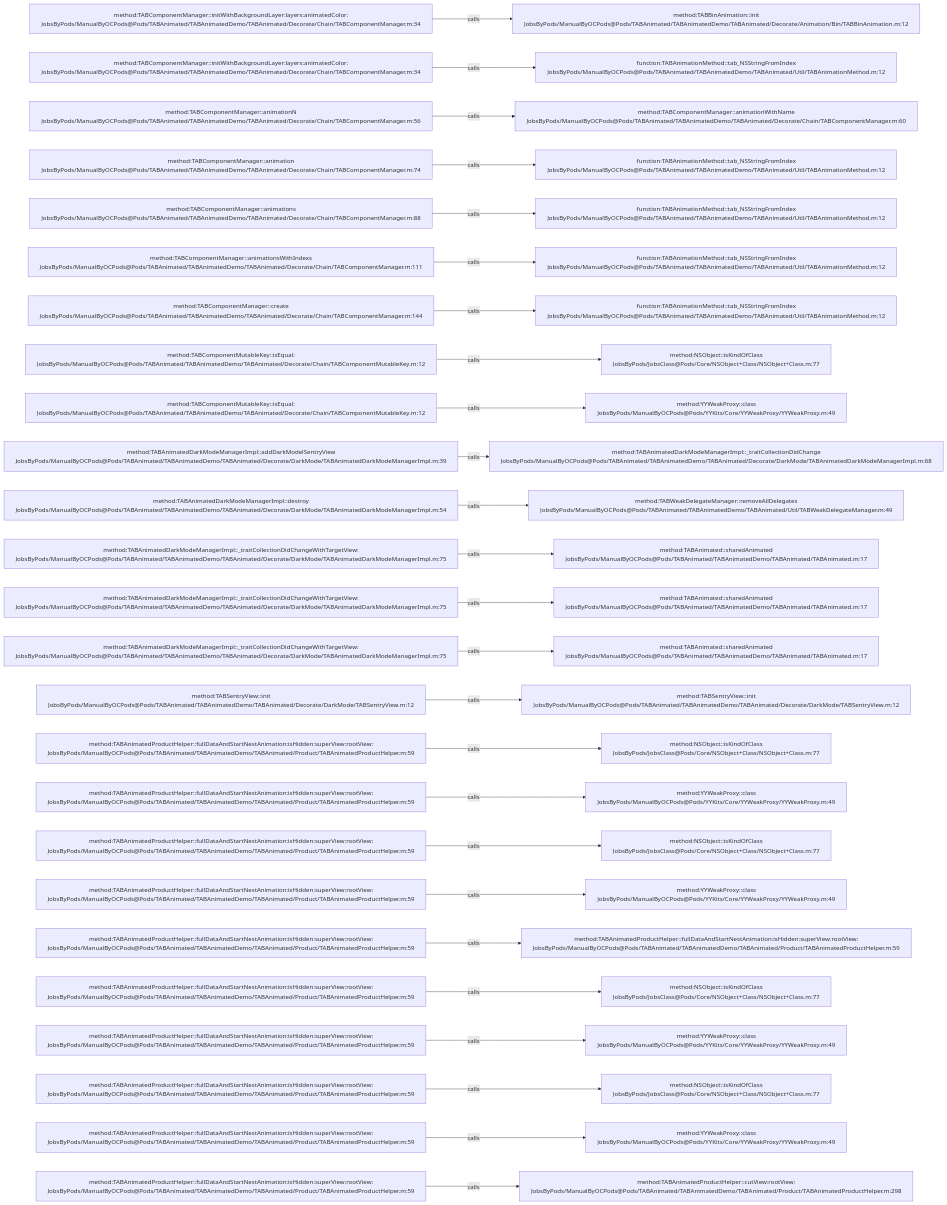
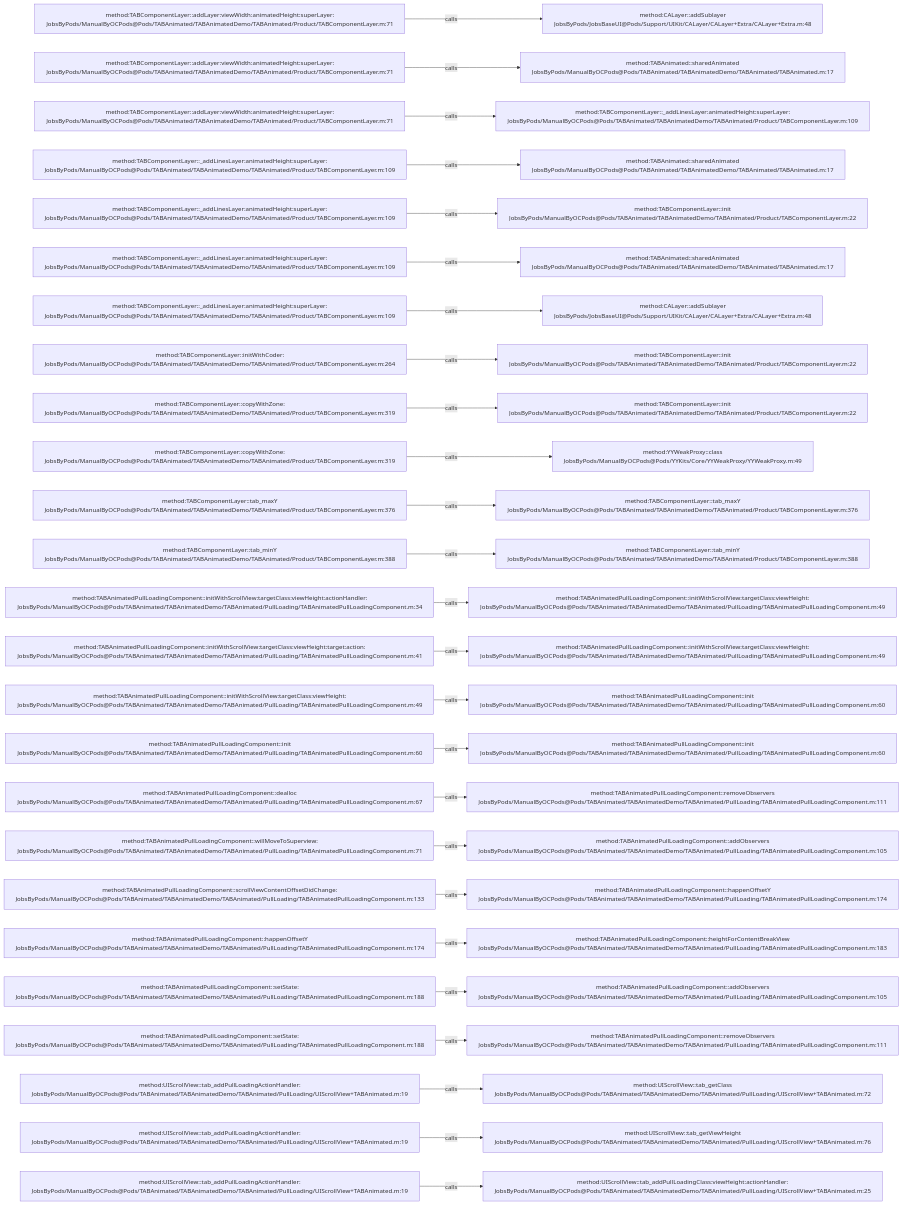
Before and after one commit to JobsKits/JobsOCBaseConfigDemo: the diagram in .codegraph/codegraph.md/graphs/calls-040.md, drawn with Mermaid. The commit also changed 1223 other files, not shown here.

````diff
--- a/.codegraph/codegraph.md/graphs/calls-040.md
+++ b/.codegraph/codegraph.md/graphs/calls-040.md
@@ -13,78 +13,78 @@
 ```mermaid
 flowchart LR
-  S1["method:TABComponentManager::initWithBackgroundLayer:layers:animatedColor:<br/>JobsByPods/ManualByOCPods@Pods/TABAnimated/TABAnimatedDemo/TABAnimated/Decorate/Chain/TABComponentManager.m:34"]
-  T1["method:TABBinAnimation::init<br/>JobsByPods/ManualByOCPods@Pods/TABAnimated/TABAnimatedDemo/TABAnimated/Decorate/Animation/Bin/TABBinAnimation.m:12"]
+  S1["method:TABComponentLayer::addLayer:viewWidth:animatedHeight:superLayer:<br/>JobsByPods/ManualByOCPods@Pods/TABAnimated/TABAnimatedDemo/TABAnimated/Product/TABComponentLayer.m:71"]
+  T1["method:CALayer::addSublayer<br/>JobsByPods/JobsBaseUI@Pods/Support/UIKit/CALayer/CALayer+Extra/CALayer+Extra.m:48"]
   S1 -->|calls| T1
-  S2["method:TABComponentManager::initWithBackgroundLayer:layers:animatedColor:<br/>JobsByPods/ManualByOCPods@Pods/TABAnimated/TABAnimatedDemo/TABAnimated/Decorate/Chain/TABComponentManager.m:34"]
-  T2["function:TABAnimationMethod::tab_NSStringFromIndex<br/>JobsByPods/ManualByOCPods@Pods/TABAnimated/TABAnimatedDemo/TABAnimated/Util/TABAnimationMethod.m:12"]
+  S2["method:TABComponentLayer::addLayer:viewWidth:animatedHeight:superLayer:<br/>JobsByPods/ManualByOCPods@Pods/TABAnimated/TABAnimatedDemo/TABAnimated/Product/TABComponentLayer.m:71"]
+  T2["method:TABAnimated::sharedAnimated<br/>JobsByPods/ManualByOCPods@Pods/TABAnimated/TABAnimatedDemo/TABAnimated/TABAnimated.m:17"]
   S2 -->|calls| T2
-  S3["method:TABComponentManager::animationN<br/>JobsByPods/ManualByOCPods@Pods/TABAnimated/TABAnimatedDemo/TABAnimated/Decorate/Chain/TABComponentManager.m:56"]
-  T3["method:TABComponentManager::animationWithName<br/>JobsByPods/ManualByOCPods@Pods/TABAnimated/TABAnimatedDemo/TABAnimated/Decorate/Chain/TABComponentManager.m:60"]
+  S3["method:TABComponentLayer::addLayer:viewWidth:animatedHeight:superLayer:<br/>JobsByPods/ManualByOCPods@Pods/TABAnimated/TABAnimatedDemo/TABAnimated/Product/TABComponentLayer.m:71"]
+  T3["method:TABComponentLayer::_addLinesLayer:animatedHeight:superLayer:<br/>JobsByPods/ManualByOCPods@Pods/TABAnimated/TABAnimatedDemo/TABAnimated/Product/TABComponentLayer.m:109"]
   S3 -->|calls| T3
-  S4["method:TABComponentManager::animation<br/>JobsByPods/ManualByOCPods@Pods/TABAnimated/TABAnimatedDemo/TABAnimated/Decorate/Chain/TABComponentManager.m:74"]
-  T4["function:TABAnimationMethod::tab_NSStringFromIndex<br/>JobsByPods/ManualByOCPods@Pods/TABAnimated/TABAnimatedDemo/TABAnimated/Util/TABAnimationMethod.m:12"]
+  S4["method:TABComponentLayer::_addLinesLayer:animatedHeight:superLayer:<br/>JobsByPods/ManualByOCPods@Pods/TABAnimated/TABAnimatedDemo/TABAnimated/Product/TABComponentLayer.m:109"]
+  T4["method:TABAnimated::sharedAnimated<br/>JobsByPods/ManualByOCPods@Pods/TABAnimated/TABAnimatedDemo/TABAnimated/TABAnimated.m:17"]
   S4 -->|calls| T4
-  S5["method:TABComponentManager::animations<br/>JobsByPods/ManualByOCPods@Pods/TABAnimated/TABAnimatedDemo/TABAnimated/Decorate/Chain/TABComponentManager.m:88"]
-  T5["function:TABAnimationMethod::tab_NSStringFromIndex<br/>JobsByPods/ManualByOCPods@Pods/TABAnimated/TABAnimatedDemo/TABAnimated/Util/TABAnimationMethod.m:12"]
+  S5["method:TABComponentLayer::_addLinesLayer:animatedHeight:superLayer:<br/>JobsByPods/ManualByOCPods@Pods/TABAnimated/TABAnimatedDemo/TABAnimated/Product/TABComponentLayer.m:109"]
+  T5["method:TABComponentLayer::init<br/>JobsByPods/ManualByOCPods@Pods/TABAnimated/TABAnimatedDemo/TABAnimated/Product/TABComponentLayer.m:22"]
   S5 -->|calls| T5
-  S6["method:TABComponentManager::animationsWithIndexs<br/>JobsByPods/ManualByOCPods@Pods/TABAnimated/TABAnimatedDemo/TABAnimated/Decorate/Chain/TABComponentManager.m:111"]
-  T6["function:TABAnimationMethod::tab_NSStringFromIndex<br/>JobsByPods/ManualByOCPods@Pods/TABAnimated/TABAnimatedDemo/TABAnimated/Util/TABAnimationMethod.m:12"]
+  S6["method:TABComponentLayer::_addLinesLayer:animatedHeight:superLayer:<br/>JobsByPods/ManualByOCPods@Pods/TABAnimated/TABAnimatedDemo/TABAnimated/Product/TABComponentLayer.m:109"]
+  T6["method:TABAnimated::sharedAnimated<br/>JobsByPods/ManualByOCPods@Pods/TABAnimated/TABAnimatedDemo/TABAnimated/TABAnimated.m:17"]
   S6 -->|calls| T6
-  S7["method:TABComponentManager::create<br/>JobsByPods/ManualByOCPods@Pods/TABAnimated/TABAnimatedDemo/TABAnimated/Decorate/Chain/TABComponentManager.m:144"]
-  T7["function:TABAnimationMethod::tab_NSStringFromIndex<br/>JobsByPods/ManualByOCPods@Pods/TABAnimated/TABAnimatedDemo/TABAnimated/Util/TABAnimationMethod.m:12"]
+  S7["method:TABComponentLayer::_addLinesLayer:animatedHeight:superLayer:<br/>JobsByPods/ManualByOCPods@Pods/TABAnimated/TABAnimatedDemo/TABAnimated/Product/TABComponentLayer.m:109"]
+  T7["method:CALayer::addSublayer<br/>JobsByPods/JobsBaseUI@Pods/Support/UIKit/CALayer/CALayer+Extra/CALayer+Extra.m:48"]
   S7 -->|calls| T7
-  S8["method:TABComponentMutableKey::isEqual:<br/>JobsByPods/ManualByOCPods@Pods/TABAnimated/TABAnimatedDemo/TABAnimated/Decorate/Chain/TABComponentMutableKey.m:12"]
-  T8["method:NSObject::isKindOfClass<br/>JobsByPods/JobsClass@Pods/Core/NSObject+Class/NSObject+Class.m:77"]
+  S8["method:TABComponentLayer::initWithCoder:<br/>JobsByPods/ManualByOCPods@Pods/TABAnimated/TABAnimatedDemo/TABAnimated/Product/TABComponentLayer.m:264"]
+  T8["method:TABComponentLayer::init<br/>JobsByPods/ManualByOCPods@Pods/TABAnimated/TABAnimatedDemo/TABAnimated/Product/TABComponentLayer.m:22"]
   S8 -->|calls| T8
-  S9["method:TABComponentMutableKey::isEqual:<br/>JobsByPods/ManualByOCPods@Pods/TABAnimated/TABAnimatedDemo/TABAnimated/Decorate/Chain/TABComponentMutableKey.m:12"]
-  T9["method:YYWeakProxy::class<br/>JobsByPods/ManualByOCPods@Pods/YYKits/Core/YYWeakProxy/YYWeakProxy.m:49"]
+  S9["method:TABComponentLayer::copyWithZone:<br/>JobsByPods/ManualByOCPods@Pods/TABAnimated/TABAnimatedDemo/TABAnimated/Product/TABComponentLayer.m:319"]
+  T9["method:TABComponentLayer::init<br/>JobsByPods/ManualByOCPods@Pods/TABAnimated/TABAnimatedDemo/TABAnimated/Product/TABComponentLayer.m:22"]
   S9 -->|calls| T9
-  S10["method:TABAnimatedDarkModeManagerImpl::addDarkModelSentryView<br/>JobsByPods/ManualByOCPods@Pods/TABAnimated/TABAnimatedDemo/TABAnimated/Decorate/DarkMode/TABAnimatedDarkModeManagerImpl.m:39"]
-  T10["method:TABAnimatedDarkModeManagerImpl::_traitCollectionDidChange<br/>JobsByPods/ManualByOCPods@Pods/TABAnimated/TABAnimatedDemo/TABAnimated/Decorate/DarkMode/TABAnimatedDarkModeManagerImpl.m:68"]
+  S10["method:TABComponentLayer::copyWithZone:<br/>JobsByPods/ManualByOCPods@Pods/TABAnimated/TABAnimatedDemo/TABAnimated/Product/TABComponentLayer.m:319"]
+  T10["method:YYWeakProxy::class<br/>JobsByPods/ManualByOCPods@Pods/YYKits/Core/YYWeakProxy/YYWeakProxy.m:49"]
   S10 -->|calls| T10
-  S11["method:TABAnimatedDarkModeManagerImpl::destroy<br/>JobsByPods/ManualByOCPods@Pods/TABAnimated/TABAnimatedDemo/TABAnimated/Decorate/DarkMode/TABAnimatedDarkModeManagerImpl.m:54"]
-  T11["method:TABWeakDelegateManager::removeAllDelegates<br/>JobsByPods/ManualByOCPods@Pods/TABAnimated/TABAnimatedDemo/TABAnimated/Util/TABWeakDelegateManager.m:49"]
+  S11["method:TABComponentLayer::tab_maxY<br/>JobsByPods/ManualByOCPods@Pods/TABAnimated/TABAnimatedDemo/TABAnimated/Product/TABComponentLayer.m:376"]
+  T11["method:TABComponentLayer::tab_maxY<br/>JobsByPods/ManualByOCPods@Pods/TABAnimated/TABAnimatedDemo/TABAnimated/Product/TABComponentLayer.m:376"]
   S11 -->|calls| T11
-  S12["method:TABAnimatedDarkModeManagerImpl::_traitCollectionDidChangeWithTargetView:<br/>JobsByPods/ManualByOCPods@Pods/TABAnimated/TABAnimatedDemo/TABAnimated/Decorate/DarkMode/TABAnimatedDarkModeManagerImpl.m:75"]
-  T12["method:TABAnimated::sharedAnimated<br/>JobsByPods/ManualByOCPods@Pods/TABAnimated/TABAnimatedDemo/TABAnimated/TABAnimated.m:17"]
+  S12["method:TABComponentLayer::tab_minY<br/>JobsByPods/ManualByOCPods@Pods/TABAnimated/TABAnimatedDemo/TABAnimated/Product/TABComponentLayer.m:388"]
+  T12["method:TABComponentLayer::tab_minY<br/>JobsByPods/ManualByOCPods@Pods/TABAnimated/TABAnimatedDemo/TABAnimated/Product/TABComponentLayer.m:388"]
   S12 -->|calls| T12
-  S13["method:TABAnimatedDarkModeManagerImpl::_traitCollectionDidChangeWithTargetView:<br/>JobsByPods/ManualByOCPods@Pods/TABAnimated/TABAnimatedDemo/TABAnimated/Decorate/DarkMode/TABAnimatedDarkModeManagerImpl.m:75"]
-  T13["method:TABAnimated::sharedAnimated<br/>JobsByPods/ManualByOCPods@Pods/TABAnimated/TABAnimatedDemo/TABAnimated/TABAnimated.m:17"]
+  S13["method:TABAnimatedPullLoadingComponent::initWithScrollView:targetClass:viewHeight:actionHandler:<br/>JobsByPods/ManualByOCPods@Pods/TABAnimated/TABAnimatedDemo/TABAnimated/PullLoading/TABAnimatedPullLoadingComponent.m:34"]
+  T13["method:TABAnimatedPullLoadingComponent::initWithScrollView:targetClass:viewHeight:<br/>JobsByPods/ManualByOCPods@Pods/TABAnimated/TABAnimatedDemo/TABAnimated/PullLoading/TABAnimatedPullLoadingComponent.m:49"]
   S13 -->|calls| T13
-  S14["method:TABAnimatedDarkModeManagerImpl::_traitCollectionDidChangeWithTargetView:<br/>JobsByPods/ManualByOCPods@Pods/TABAnimated/TABAnimatedDemo/TABAnimated/Decorate/DarkMode/TABAnimatedDarkModeManagerImpl.m:75"]
-  T14["method:TABAnimated::sharedAnimated<br/>JobsByPods/ManualByOCPods@Pods/TABAnimated/TABAnimatedDemo/TABAnimated/TABAnimated.m:17"]
+  S14["method:TABAnimatedPullLoadingComponent::initWithScrollView:targetClass:viewHeight:target:action:<br/>JobsByPods/ManualByOCPods@Pods/TABAnimated/TABAnimatedDemo/TABAnimated/PullLoading/TABAnimatedPullLoadingComponent.m:41"]
+  T14["method:TABAnimatedPullLoadingComponent::initWithScrollView:targetClass:viewHeight:<br/>JobsByPods/ManualByOCPods@Pods/TABAnimated/TABAnimatedDemo/TABAnimated/PullLoading/TABAnimatedPullLoadingComponent.m:49"]
   S14 -->|calls| T14
-  S15["method:TABSentryView::init<br/>JobsByPods/ManualByOCPods@Pods/TABAnimated/TABAnimatedDemo/TABAnimated/Decorate/DarkMode/TABSentryView.m:12"]
-  T15["method:TABSentryView::init<br/>JobsByPods/ManualByOCPods@Pods/TABAnimated/TABAnimatedDemo/TABAnimated/Decorate/DarkMode/TABSentryView.m:12"]
+  S15["method:TABAnimatedPullLoadingComponent::initWithScrollView:targetClass:viewHeight:<br/>JobsByPods/ManualByOCPods@Pods/TABAnimated/TABAnimatedDemo/TABAnimated/PullLoading/TABAnimatedPullLoadingComponent.m:49"]
+  T15["method:TABAnimatedPullLoadingComponent::init<br/>JobsByPods/ManualByOCPods@Pods/TABAnimated/TABAnimatedDemo/TABAnimated/PullLoading/TABAnimatedPullLoadingComponent.m:60"]
   S15 -->|calls| T15
-  S16["method:TABAnimatedProductHelper::fullDataAndStartNestAnimation:isHidden:superView:rootView:<br/>JobsByPods/ManualByOCPods@Pods/TABAnimated/TABAnimatedDemo/TABAnimated/Product/TABAnimatedProductHelper.m:59"]
-  T16["method:NSObject::isKindOfClass<br/>JobsByPods/JobsClass@Pods/Core/NSObject+Class/NSObject+Class.m:77"]
+  S16["method:TABAnimatedPullLoadingComponent::init<br/>JobsByPods/ManualByOCPods@Pods/TABAnimated/TABAnimatedDemo/TABAnimated/PullLoading/TABAnimatedPullLoadingComponent.m:60"]
+  T16["method:TABAnimatedPullLoadingComponent::init<br/>JobsByPods/ManualByOCPods@Pods/TABAnimated/TABAnimatedDemo/TABAnimated/PullLoading/TABAnimatedPullLoadingComponent.m:60"]
   S16 -->|calls| T16
-  S17["method:TABAnimatedProductHelper::fullDataAndStartNestAnimation:isHidden:superView:rootView:<br/>JobsByPods/ManualByOCPods@Pods/TABAnimated/TABAnimatedDemo/TABAnimated/Product/TABAnimatedProductHelper.m:59"]
-  T17["method:YYWeakProxy::class<br/>JobsByPods/ManualByOCPods@Pods/YYKits/Core/YYWeakProxy/YYWeakProxy.m:49"]
+  S17["method:TABAnimatedPullLoadingComponent::dealloc<br/>JobsByPods/ManualByOCPods@Pods/TABAnimated/TABAnimatedDemo/TABAnimated/PullLoading/TABAnimatedPullLoadingComponent.m:67"]
+  T17["method:TABAnimatedPullLoadingComponent::removeObservers<br/>JobsByPods/ManualByOCPods@Pods/TABAnimated/TABAnimatedDemo/TABAnimated/PullLoading/TABAnimatedPullLoadingComponent.m:111"]
   S17 -->|calls| T17
-  S18["method:TABAnimatedProductHelper::fullDataAndStartNestAnimation:isHidden:superView:rootView:<br/>JobsByPods/ManualByOCPods@Pods/TABAnimated/TABAnimatedDemo/TABAnimated/Product/TABAnimatedProductHelper.m:59"]
-  T18["method:NSObject::isKindOfClass<br/>JobsByPods/JobsClass@Pods/Core/NSObject+Class/NSObject+Class.m:77"]
+  S18["method:TABAnimatedPullLoadingComponent::willMoveToSuperview:<br/>JobsByPods/ManualByOCPods@Pods/TABAnimated/TABAnimatedDemo/TABAnimated/PullLoading/TABAnimatedPullLoadingComponent.m:71"]
+  T18["method:TABAnimatedPullLoadingComponent::addObservers<br/>JobsByPods/ManualByOCPods@Pods/TABAnimated/TABAnimatedDemo/TABAnimated/PullLoading/TABAnimatedPullLoadingComponent.m:105"]
   S18 -->|calls| T18
-  S19["method:TABAnimatedProductHelper::fullDataAndStartNestAnimation:isHidden:superView:rootView:<br/>JobsByPods/ManualByOCPods@Pods/TABAnimated/TABAnimatedDemo/TABAnimated/Product/TABAnimatedProductHelper.m:59"]
-  T19["method:YYWeakProxy::class<br/>JobsByPods/ManualByOCPods@Pods/YYKits/Core/YYWeakProxy/YYWeakProxy.m:49"]
+  S19["method:TABAnimatedPullLoadingComponent::scrollViewContentOffsetDidChange:<br/>JobsByPods/ManualByOCPods@Pods/TABAnimated/TABAnimatedDemo/TABAnimated/PullLoading/TABAnimatedPullLoadingComponent.m:133"]
+  T19["method:TABAnimatedPullLoadingComponent::happenOffsetY<br/>JobsByPods/ManualByOCPods@Pods/TABAnimated/TABAnimatedDemo/TABAnimated/PullLoading/TABAnimatedPullLoadingComponent.m:174"]
   S19 -->|calls| T19
-  S20["method:TABAnimatedProductHelper::fullDataAndStartNestAnimation:isHidden:superView:rootView:<br/>JobsByPods/ManualByOCPods@Pods/TABAnimated/TABAnimatedDemo/TABAnimated/Product/TABAnimatedProductHelper.m:59"]
-  T20["method:TABAnimatedProductHelper::fullDataAndStartNestAnimation:isHidden:superView:rootView:<br/>JobsByPods/ManualByOCPods@Pods/TABAnimated/TABAnimatedDemo/TABAnimated/Product/TABAnimatedProductHelper.m:59"]
+  S20["method:TABAnimatedPullLoadingComponent::happenOffsetY<br/>JobsByPods/ManualByOCPods@Pods/TABAnimated/TABAnimatedDemo/TABAnimated/PullLoading/TABAnimatedPullLoadingComponent.m:174"]
+  T20["method:TABAnimatedPullLoadingComponent::heightForContentBreakView<br/>JobsByPods/ManualByOCPods@Pods/TABAnimated/TABAnimatedDemo/TABAnimated/PullLoading/TABAnimatedPullLoadingComponent.m:183"]
   S20 -->|calls| T20
-  S21["method:TABAnimatedProductHelper::fullDataAndStartNestAnimation:isHidden:superView:rootView:<br/>JobsByPods/ManualByOCPods@Pods/TABAnimated/TABAnimatedDemo/TABAnimated/Product/TABAnimatedProductHelper.m:59"]
-  T21["method:NSObject::isKindOfClass<br/>JobsByPods/JobsClass@Pods/Core/NSObject+Class/NSObject+Class.m:77"]
+  S21["method:TABAnimatedPullLoadingComponent::setState:<br/>JobsByPods/ManualByOCPods@Pods/TABAnimated/TABAnimatedDemo/TABAnimated/PullLoading/TABAnimatedPullLoadingComponent.m:188"]
+  T21["method:TABAnimatedPullLoadingComponent::addObservers<br/>JobsByPods/ManualByOCPods@Pods/TABAnimated/TABAnimatedDemo/TABAnimated/PullLoading/TABAnimatedPullLoadingComponent.m:105"]
   S21 -->|calls| T21
-  S22["method:TABAnimatedProductHelper::fullDataAndStartNestAnimation:isHidden:superView:rootView:<br/>JobsByPods/ManualByOCPods@Pods/TABAnimated/TABAnimatedDemo/TABAnimated/Product/TABAnimatedProductHelper.m:59"]
-  T22["method:YYWeakProxy::class<br/>JobsByPods/ManualByOCPods@Pods/YYKits/Core/YYWeakProxy/YYWeakProxy.m:49"]
+  S22["method:TABAnimatedPullLoadingComponent::setState:<br/>JobsByPods/ManualByOCPods@Pods/TABAnimated/TABAnimatedDemo/TABAnimated/PullLoading/TABAnimatedPullLoadingComponent.m:188"]
+  T22["method:TABAnimatedPullLoadingComponent::removeObservers<br/>JobsByPods/ManualByOCPods@Pods/TABAnimated/TABAnimatedDemo/TABAnimated/PullLoading/TABAnimatedPullLoadingComponent.m:111"]
   S22 -->|calls| T22
-  S23["method:TABAnimatedProductHelper::fullDataAndStartNestAnimation:isHidden:superView:rootView:<br/>JobsByPods/ManualByOCPods@Pods/TABAnimated/TABAnimatedDemo/TABAnimated/Product/TABAnimatedProductHelper.m:59"]
-  T23["method:NSObject::isKindOfClass<br/>JobsByPods/JobsClass@Pods/Core/NSObject+Class/NSObject+Class.m:77"]
+  S23["method:UIScrollView::tab_addPullLoadingActionHandler:<br/>JobsByPods/ManualByOCPods@Pods/TABAnimated/TABAnimatedDemo/TABAnimated/PullLoading/UIScrollView+TABAnimated.m:19"]
+  T23["method:UIScrollView::tab_getClass<br/>JobsByPods/ManualByOCPods@Pods/TABAnimated/TABAnimatedDemo/TABAnimated/PullLoading/UIScrollView+TABAnimated.m:72"]
   S23 -->|calls| T23
-  S24["method:TABAnimatedProductHelper::fullDataAndStartNestAnimation:isHidden:superView:rootView:<br/>JobsByPods/ManualByOCPods@Pods/TABAnimated/TABAnimatedDemo/TABAnimated/Product/TABAnimatedProductHelper.m:59"]
-  T24["method:YYWeakProxy::class<br/>JobsByPods/ManualByOCPods@Pods/YYKits/Core/YYWeakProxy/YYWeakProxy.m:49"]
+  S24["method:UIScrollView::tab_addPullLoadingActionHandler:<br/>JobsByPods/ManualByOCPods@Pods/TABAnimated/TABAnimatedDemo/TABAnimated/PullLoading/UIScrollView+TABAnimated.m:19"]
+  T24["method:UIScrollView::tab_getViewHeight<br/>JobsByPods/ManualByOCPods@Pods/TABAnimated/TABAnimatedDemo/TABAnimated/PullLoading/UIScrollView+TABAnimated.m:76"]
   S24 -->|calls| T24
-  S25["method:TABAnimatedProductHelper::fullDataAndStartNestAnimation:isHidden:superView:rootView:<br/>JobsByPods/ManualByOCPods@Pods/TABAnimated/TABAnimatedDemo/TABAnimated/Product/TABAnimatedProductHelper.m:59"]
-  T25["method:TABAnimatedProductHelper::cutView:rootView:<br/>JobsByPods/ManualByOCPods@Pods/TABAnimated/TABAnimatedDemo/TABAnimated/Product/TABAnimatedProductHelper.m:298"]
+  S25["method:UIScrollView::tab_addPullLoadingActionHandler:<br/>JobsByPods/ManualByOCPods@Pods/TABAnimated/TABAnimatedDemo/TABAnimated/PullLoading/UIScrollView+TABAnimated.m:19"]
+  T25["method:UIScrollView::tab_addPullLoadingClass:viewHeight:actionHandler:<br/>JobsByPods/ManualByOCPods@Pods/TABAnimated/TABAnimatedDemo/TABAnimated/PullLoading/UIScrollView+TABAnimated.m:25"]
   S25 -->|calls| T25
 ```
````
